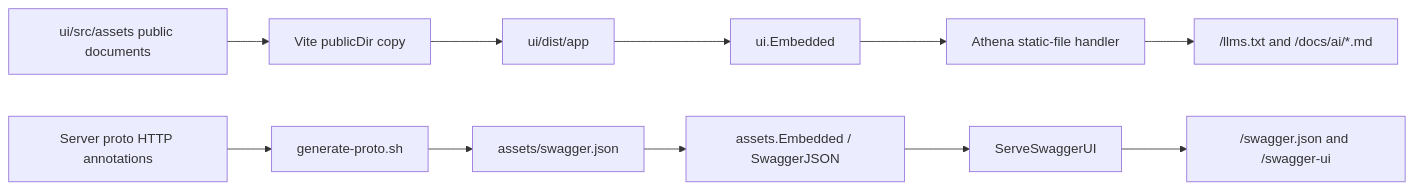
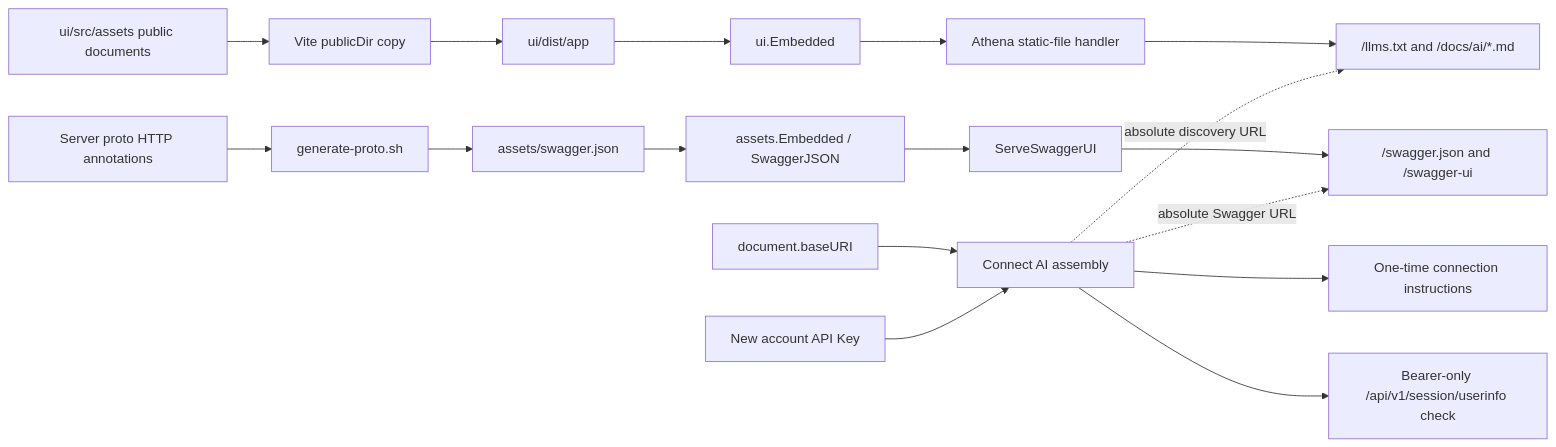
Before and after one commit to useryege/athena-o: the diagram in docs/design/developer-experience/ai-discovery-documentation.md, drawn with Mermaid. The commit also changed other lines of this file and 10 other files, not shown here.

````diff
--- a/docs/design/developer-experience/ai-discovery-documentation.md
+++ b/docs/design/developer-experience/ai-discovery-documentation.md
@@ -34,14 +42,21 @@
 ```mermaid
 flowchart LR
     D["ui/src/assets public documents"] --> V["Vite publicDir copy"]
     V --> U["ui/dist/app"]
     U --> UE["ui.Embedded"]
     UE --> S["Athena static-file handler"]
     S --> L["/llms.txt and /docs/ai/*.md"]
 
     P["Server proto HTTP annotations"] --> G["generate-proto.sh"]
     G --> J["assets/swagger.json"]
     J --> AE["assets.Embedded / SwaggerJSON"]
     AE --> W["ServeSwaggerUI"]
     W --> O["/swagger.json and /swagger-ui"]
+
+    B["document.baseURI"] --> C["Connect AI assembly"]
+    K["New account API Key"] --> C
+    C --> I["One-time connection instructions"]
+    C --> X["Bearer-only /api/v1/session/userinfo check"]
+    C -. "absolute discovery URL" .-> L
+    C -. "absolute Swagger URL" .-> O
 ```
````
